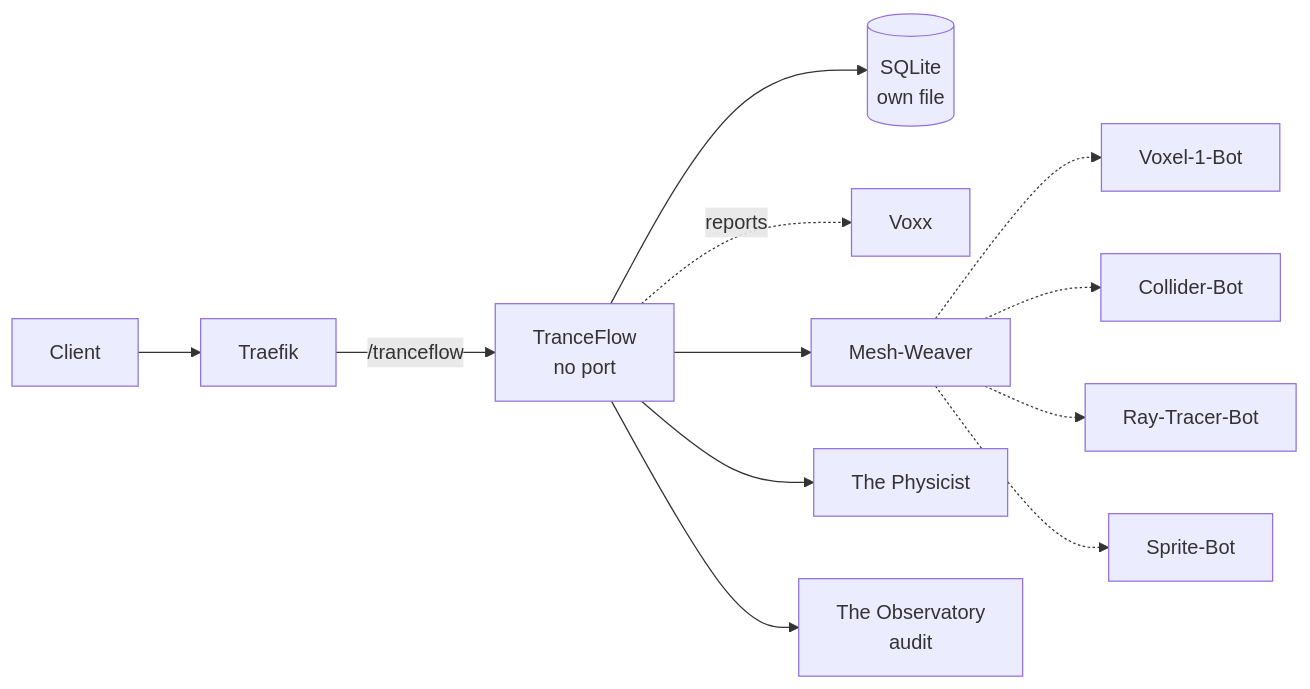
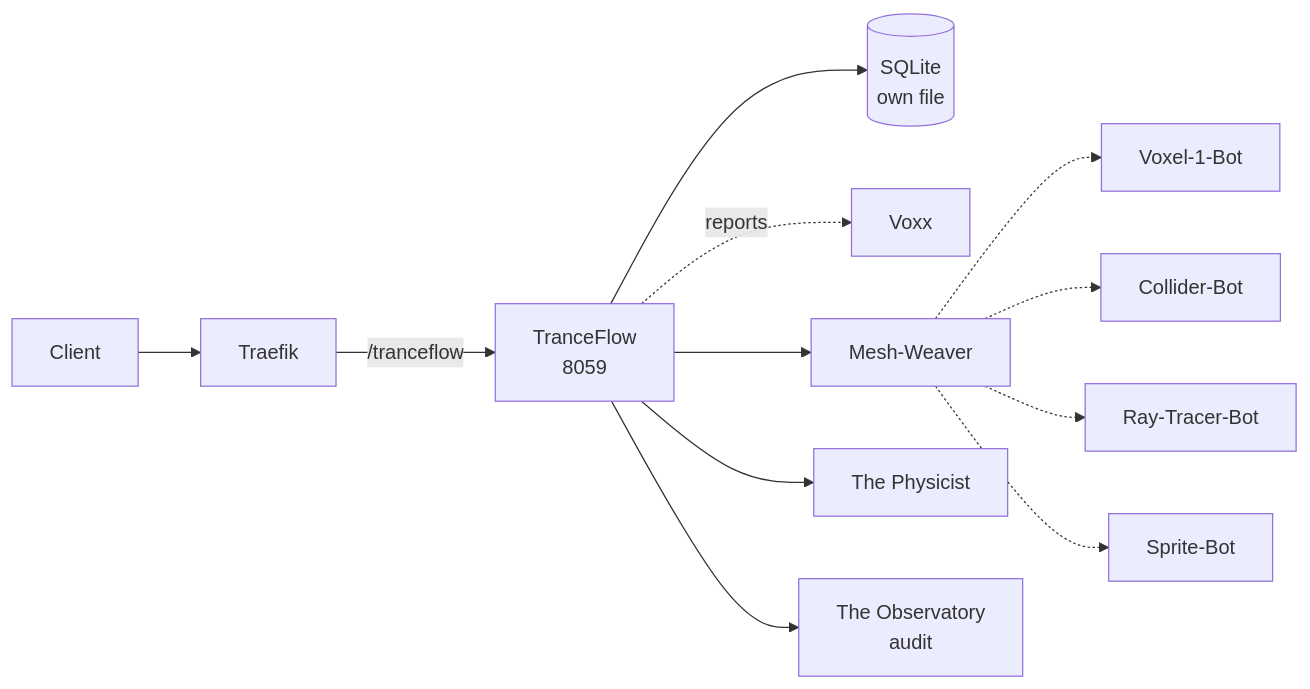
One commit to Trancendos/Tranc3 changed the diagram in docs/solution-packs/tranceflow.md. Above: the diagram before and after it, drawn with Mermaid. The commit also changed other lines of this file and 51 other files, not shown here.

````diff
--- a/docs/solution-packs/tranceflow.md
+++ b/docs/solution-packs/tranceflow.md
@@ -71,14 +72,14 @@
 ```mermaid
 flowchart LR
     C[Client] --> T[Traefik]
-    T -->|/tranceflow| S[TranceFlow<br/>no port]
+    T -->|/tranceflow| S[TranceFlow<br/>8059]
     S --> DB[(SQLite<br/>own file)]
     S -.reports.-> P[Voxx]
     S --> AA[Mesh-Weaver]
     S --> AB[The Physicist]
     AA -.-> Voxel1Bot[Voxel-1-Bot]
     AA -.-> ColliderBot[Collider-Bot]
     AA -.-> RayTracerBot[Ray-Tracer-Bot]
     AA -.-> SpriteBot[Sprite-Bot]
     S --> OBS[The Observatory<br/>audit]
 ```
````
